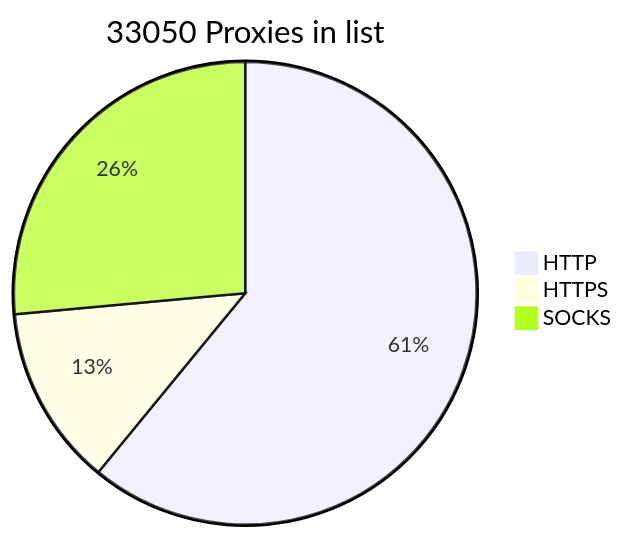
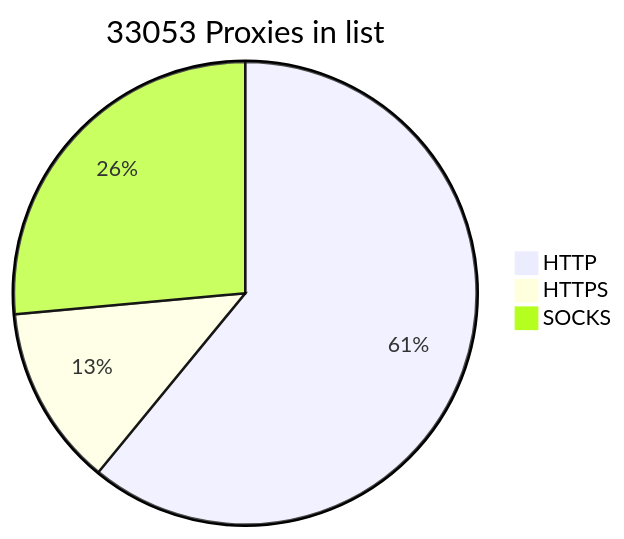
Before and after one commit to BlackSnowDot/proxylist-update-every-minute: the diagram in README.md, drawn with Mermaid.

````diff
--- a/README.md
+++ b/README.md
@@ -2,6 +2,6 @@
 ```mermaid
-pie title 33050 Proxies in list
+pie title 33053 Proxies in list
     "HTTP" : 22280
-    "HTTPS": 4609
+    "HTTPS": 4611
     "SOCKS" : 9672
 ```
````
